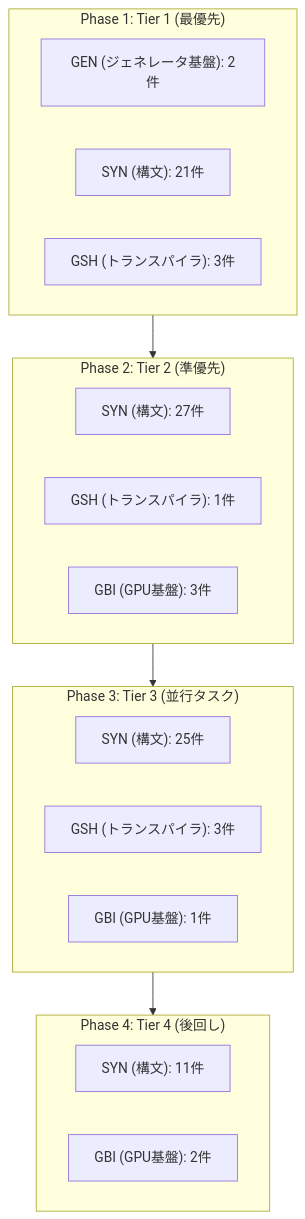
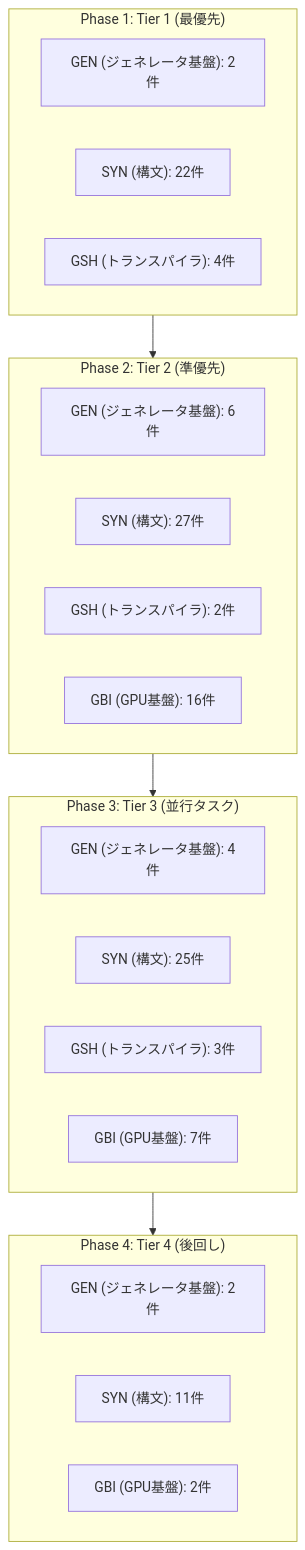
The diagram in docs/roadmap-index.md (kassyi/Henicos), drawn with Mermaid before and after one commit. The commit also changed other lines of this file and 5 other files, not shown here.

First line of the commit message:
docs(roadmap): update priority scores and progress status

````diff
--- a/docs/roadmap-index.md
+++ b/docs/roadmap-index.md
@@ -26,33 +26,36 @@
 ```mermaid
 flowchart TD
     subgraph Phase1["Phase 1: Tier 1 (最優先)"]
         direction LR
         Phase1_GEN["GEN (ジェネレータ基盤): 2件"]
-        Phase1_SYN["SYN (構文): 21件"]
-        Phase1_GSH["GSH (トランスパイラ): 3件"]
+        Phase1_SYN["SYN (構文): 22件"]
+        Phase1_GSH["GSH (トランスパイラ): 4件"]
     end
 
     subgraph Phase2["Phase 2: Tier 2 (準優先)"]
         direction LR
+        Phase2_GEN["GEN (ジェネレータ基盤): 6件"]
         Phase2_SYN["SYN (構文): 27件"]
-        Phase2_GSH["GSH (トランスパイラ): 1件"]
-        Phase2_GBI["GBI (GPU基盤): 3件"]
+        Phase2_GSH["GSH (トランスパイラ): 2件"]
+        Phase2_GBI["GBI (GPU基盤): 16件"]
     end
 
     subgraph Phase3["Phase 3: Tier 3 (並行タスク)"]
         direction LR
+        Phase3_GEN["GEN (ジェネレータ基盤): 4件"]
         Phase3_SYN["SYN (構文): 25件"]
         Phase3_GSH["GSH (トランスパイラ): 3件"]
-        Phase3_GBI["GBI (GPU基盤): 1件"]
+        Phase3_GBI["GBI (GPU基盤): 7件"]
     end
 
     subgraph Phase4["Phase 4: Tier 4 (後回し)"]
         direction LR
+        Phase4_GEN["GEN (ジェネレータ基盤): 2件"]
         Phase4_SYN["SYN (構文): 11件"]
         Phase4_GBI["GBI (GPU基盤): 2件"]
     end
 
     Phase1 --> Phase2
     Phase2 --> Phase3
     Phase3 --> Phase4
 ```
````
